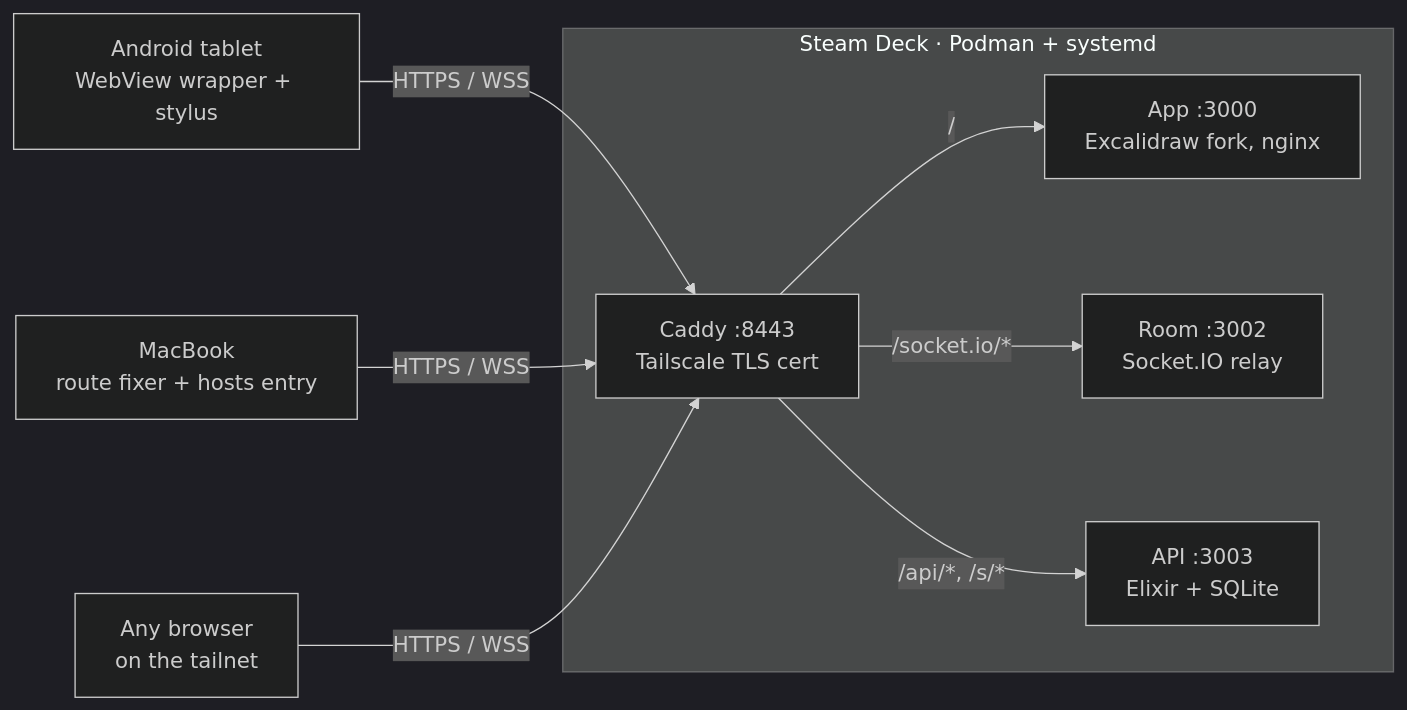
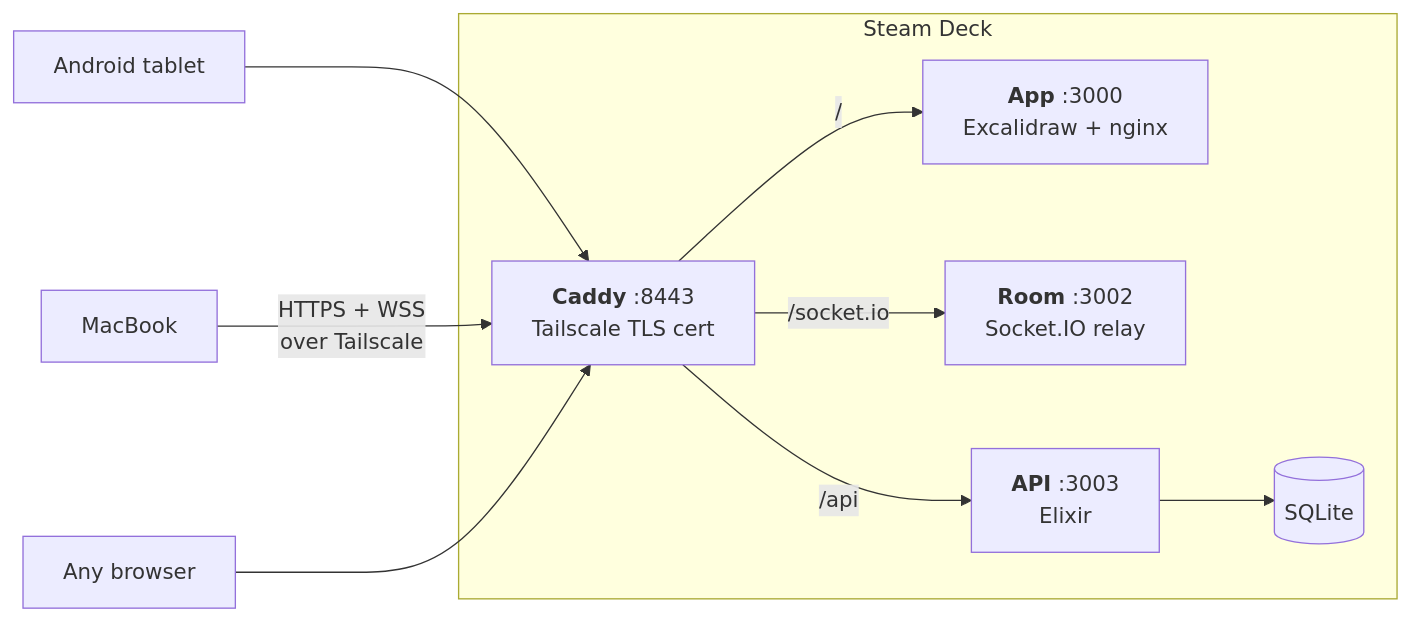
One commit to knocking4thcylinder/excalidraw-selfhosted changed the diagram in README.md. Above: the diagram before and after it, drawn with Mermaid.

Commit message:
Redraw the README architecture diagram
Drop the forced dark theme so it follows GitHub's light/dark mode, show
SQLite as its own store, and label the client link once instead of
three times.

````diff
--- a/README.md
+++ b/README.md
@@ -42,16 +42,22 @@
 ```mermaid
-%%{init:{"theme":"dark"}}%%
-graph LR
-  T["Android tablet<br/>WebView wrapper + stylus"] -- "HTTPS / WSS" --> C
-  M["MacBook<br/>route fixer + hosts entry"] -- "HTTPS / WSS" --> C
-  B["Any browser<br/>on the tailnet"] -- "HTTPS / WSS" --> C
-  subgraph Deck ["Steam Deck · Podman + systemd"]
-    C["Caddy :8443<br/>Tailscale TLS cert"]
-    A["App :3000<br/>Excalidraw fork, nginx"]
-    R["Room :3002<br/>Socket.IO relay"]
-    S["API :3003<br/>Elixir + SQLite"]
+flowchart LR
+  tablet["Android tablet"]
+  mac["MacBook"]
+  browser["Any browser"]
+
+  subgraph deck ["Steam Deck"]
+    caddy["<b>Caddy</b> :8443<br/>Tailscale TLS cert"]
+    app["<b>App</b> :3000<br/>Excalidraw + nginx"]
+    room["<b>Room</b> :3002<br/>Socket.IO relay"]
+    api["<b>API</b> :3003<br/>Elixir"]
+    db[("SQLite")]
+    caddy -- "/" --> app
+    caddy -- "/socket.io" --> room
+    caddy -- "/api" --> api
+    api --> db
   end
-  C -- "/" --> A
-  C -- "/socket.io/*" --> R
-  C -- "/api/*, /s/*" --> S
+
+  tablet --> caddy
+  mac -- "HTTPS + WSS<br/>over Tailscale" --> caddy
+  browser --> caddy
 ```
````
